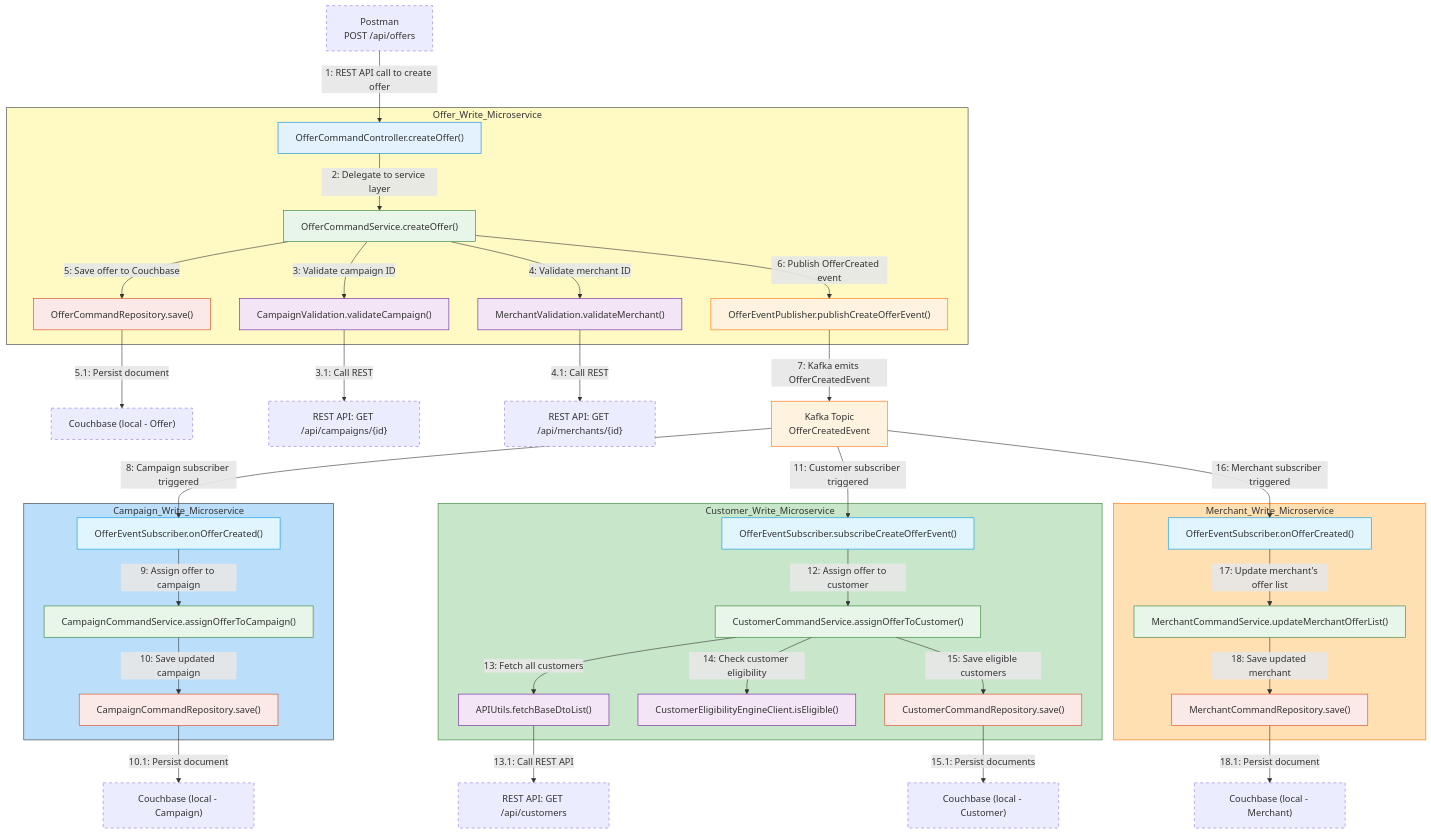
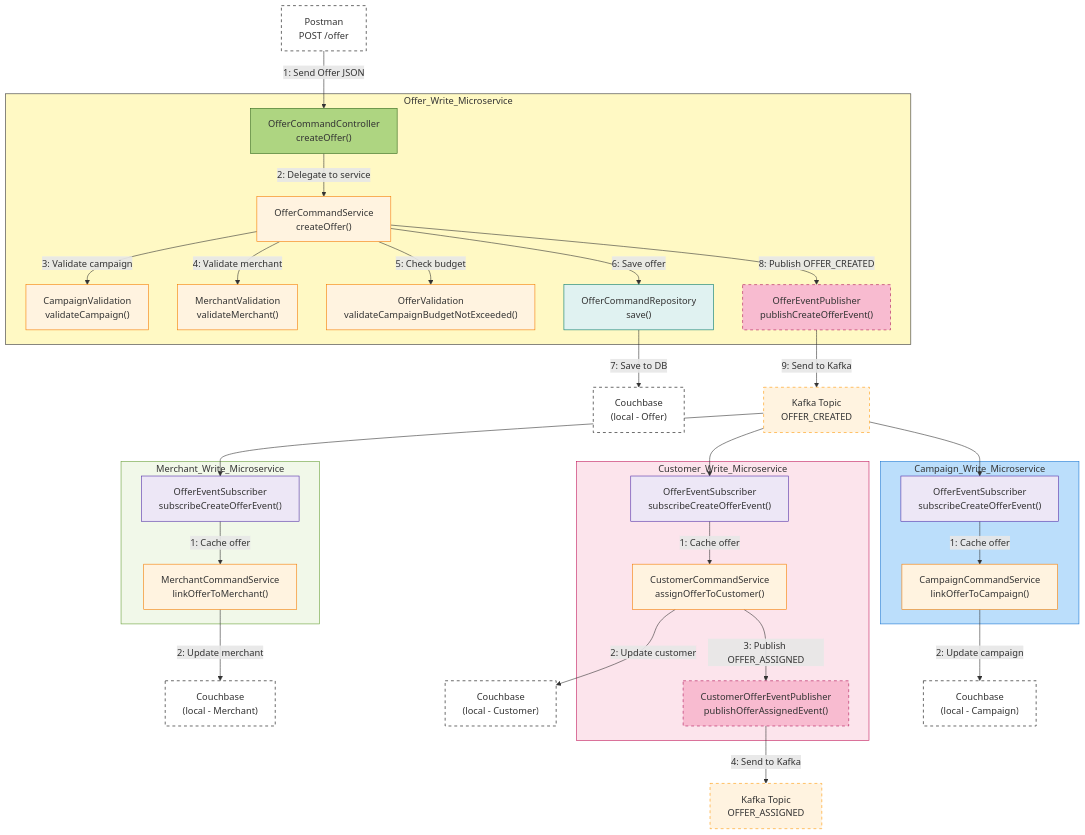
Before and after one commit to aakashkumar1980/apps-microservices: the diagram in _readme_assets/offer_create.mmd, drawn with Mermaid. The commit also changed 3 other files, not shown here.

```diff
--- a/_readme_assets/offer_create.mmd
+++ b/_readme_assets/offer_create.mmd
@@ -1,96 +1,86 @@
 flowchart TD
 
-%% External API Client
-    POSTMAN["Postman<br>POST /api/offers"]:::external
-
-%% Couchbase Instances (Externalized)
-    ODB["Couchbase (local - Offer)"]:::external
-    CDB["Couchbase (local - Campaign)"]:::external
-    CUDB["Couchbase (local - Customer)"]:::external
-    MDB["Couchbase (local - Merchant)"]:::external
-
-%% External REST APIs
-    CUSREST["REST API: GET /api/customers"]:::external
-    CAMPAIGNREST["REST API: GET /api/campaigns/{id}"]:::external
-    MERCHANTREST["REST API: GET /api/merchants/{id}"]:::external
+%% REST Client
+    POSTMAN["Postman<br>POST /offer"]:::external
 
 %% Offer Write Microservice
     subgraph Offer_Write_Microservice
         style Offer_Write_Microservice fill:#FFF9C4,stroke:#333,stroke-width:1px
-        OCC["OfferCommandController.createOffer()"]:::controller
-        OCS["OfferCommandService.createOffer()"]:::service
-        VAL_CAM["CampaignValidation.validateCampaign()"]:::util
-        VAL_MER["MerchantValidation.validateMerchant()"]:::util
-        OCR["OfferCommandRepository.save()"]:::repository
-        OEP["OfferEventPublisher.publishCreateOfferEvent()"]:::event
+
+        OCC["OfferCommandController<br>createOffer()"]:::controller
+        OCS["OfferCommandService<br>createOffer()"]:::service
+        CV["CampaignValidation<br>validateCampaign()"]:::service
+        MV["MerchantValidation<br>validateMerchant()"]:::service
+        OV["OfferValidation<br>validateCampaignBudgetNotExceeded()"]:::service
+        OCR["OfferCommandRepository<br>save()"]:::repository
+        OEP["OfferEventPublisher<br>publishCreateOfferEvent()"]:::event
     end
 
-%% Kafka Topic
-    KafkaTopic["Kafka Topic<br>OfferCreatedEvent"]:::event
+%% Merchant Subscriber
+    subgraph Merchant_Write_Microservice
+        style Merchant_Write_Microservice fill:#F1F8E9,stroke:#689F38,stroke-width:1px
 
-%% Campaign Write Microservice
-    subgraph Campaign_Write_Microservice
-        style Campaign_Write_Microservice fill:#BBDEFB,stroke:#333,stroke-width:1px
-        CES["OfferEventSubscriber.onOfferCreated()"]:::subscriber
-        CCS["CampaignCommandService.assignOfferToCampaign()"]:::service
-        CCR["CampaignCommandRepository.save()"]:::repository
+        MES["OfferEventSubscriber<br>subscribeCreateOfferEvent()"]:::subscriber
+        MC["MerchantCommandService<br>linkOfferToMerchant()"]:::service
     end
 
-%% Customer Write Microservice
+%% Customer Subscriber
     subgraph Customer_Write_Microservice
-        style Customer_Write_Microservice fill:#C8E6C9,stroke:#2E7D32,stroke-width:1px
-        CUSUB["OfferEventSubscriber.subscribeCreateOfferEvent()"]:::subscriber
-        CUSVC["CustomerCommandService.assignOfferToCustomer()"]:::service
-        APIU_C["APIUtils.fetchBaseDtoList()"]:::util
-        ELIG["CustomerEligibilityEngineClient.isEligible()"]:::util
-        CUREPO["CustomerCommandRepository.save()"]:::repository
+        style Customer_Write_Microservice fill:#FCE4EC,stroke:#C2185B,stroke-width:1px
+
+        CES["OfferEventSubscriber<br>subscribeCreateOfferEvent()"]:::subscriber
+        CC["CustomerCommandService<br>assignOfferToCustomer()"]:::service
+        CEP["CustomerOfferEventPublisher<br>publishOfferAssignedEvent()"]:::event
     end
 
-%% Merchant Write Microservice
-    subgraph Merchant_Write_Microservice
-        style Merchant_Write_Microservice fill:#FFE0B2,stroke:#FF6F00,stroke-width:1px
-        MESUB["OfferEventSubscriber.onOfferCreated()"]:::subscriber
-        MSVC["MerchantCommandService.updateMerchantOfferList()"]:::service
-        MREPO["MerchantCommandRepository.save()"]:::repository
+%% Campaign Subscriber
+    subgraph Campaign_Write_Microservice
+        style Campaign_Write_Microservice fill:#BBDEFB,stroke:#1976D2,stroke-width:1px
+
+        CAS["OfferEventSubscriber<br>subscribeCreateOfferEvent()"]:::subscriber
+        CCS["CampaignCommandService<br>linkOfferToCampaign()"]:::service
     end
 
-%% Arrows with colon-numbering
-    POSTMAN -->|1: REST API call to create offer| OCC
-    OCC -->|2: Delegate to service layer| OCS
-    OCS -->|3: Validate campaign ID| VAL_CAM
-    VAL_CAM -->|3.1: Call REST| CAMPAIGNREST
+%% External Systems
+    COUCHBASE_OFFER["Couchbase<br>(local - Offer)"]:::external
+    COUCHBASE_MERCHANT["Couchbase<br>(local - Merchant)"]:::external
+    COUCHBASE_CUSTOMER["Couchbase<br>(local - Customer)"]:::external
+    COUCHBASE_CAMPAIGN["Couchbase<br>(local - Campaign)"]:::external
+    KAFKA1["Kafka Topic<br>OFFER_CREATED"]:::kafka
+    KAFKA2["Kafka Topic<br>OFFER_ASSIGNED"]:::kafka
 
-    OCS -->|4: Validate merchant ID| VAL_MER
-    VAL_MER -->|4.1: Call REST| MERCHANTREST
+%% Flow Steps (Main Command Flow)
+    POSTMAN -->|1: Send Offer JSON| OCC
+    OCC -->|2: Delegate to service| OCS
+    OCS -->|3: Validate campaign| CV
+    OCS -->|4: Validate merchant| MV
+    OCS -->|5: Check budget| OV
+    OCS -->|6: Save offer| OCR
+    OCR -->|7: Save to DB| COUCHBASE_OFFER
+    OCS -->|8: Publish OFFER_CREATED| OEP
+    OEP -->|9: Send to Kafka| KAFKA1
 
-    OCS -->|5: Save offer to Couchbase| OCR
-    OCR -->|5.1: Persist document| ODB
-    OCS -->|6: Publish OfferCreated event| OEP
-    OEP -->|7: Kafka emits OfferCreatedEvent| KafkaTopic
+%% Subscriptions via Kafka OFFER_CREATED
+    KAFKA1 --> MES
+    MES -->|1: Cache offer| MC
+    MC -->|2: Update merchant| COUCHBASE_MERCHANT
 
-    KafkaTopic -->|8: Campaign subscriber triggered| CES
-    CES -->|9: Assign offer to campaign| CCS
-    CCS -->|10: Save updated campaign| CCR
-    CCR -->|10.1: Persist document| CDB
+    KAFKA1 --> CES
+    CES -->|1: Cache offer| CC
+    CC -->|2: Update customer| COUCHBASE_CUSTOMER
+    CC -->|3: Publish OFFER_ASSIGNED| CEP
+    CEP -->|4: Send to Kafka| KAFKA2
 
-    KafkaTopic -->|11: Customer subscriber triggered| CUSUB
-    CUSUB -->|12: Assign offer to customer| CUSVC
-    CUSVC -->|13: Fetch all customers| APIU_C
-    APIU_C -->|13.1: Call REST API| CUSREST
-    CUSVC -->|14: Check customer eligibility| ELIG
-    CUSVC -->|15: Save eligible customers| CUREPO
-    CUREPO -->|15.1: Persist documents| CUDB
-
-    KafkaTopic -->|16: Merchant subscriber triggered| MESUB
-    MESUB -->|17: Update merchant's offer list| MSVC
-    MSVC -->|18: Save updated merchant| MREPO
-    MREPO -->|18.1: Persist document| MDB
+    KAFKA1 --> CAS
+    CAS -->|1: Cache offer| CCS
+    CCS -->|2: Update campaign| COUCHBASE_CAMPAIGN
 
 %% Styling
-    classDef controller fill:#E3F2FD,stroke:#0288D1,stroke-width:1px;
-    classDef service fill:#E8F5E9,stroke:#2E7D32,stroke-width:1px;
-    classDef repository fill:#FBE9E7,stroke:#D84315,stroke-width:1px;
-    classDef util fill:#F3E5F5,stroke:#6A1B9A,stroke-width:1px;
-    classDef event fill:#FFF3E0,stroke:#FF6F00,stroke-width:1px;
-    classDef subscriber fill:#E1F5FE,stroke:#039BE5,stroke-width:1px;
-    classDef external stroke-dasharray: 5 5;
+    classDef controller fill:#AED581,stroke:#33691E,stroke-width:1px;
+    classDef service fill:#FFF3E0,stroke:#F57C00,stroke-width:1px;
+    classDef repository fill:#E0F2F1,stroke:#00796B,stroke-width:1px;
+    classDef util fill:#E1BEE7,stroke:#6A1B9A,stroke-width:1px;
+    classDef event fill:#F8BBD0,stroke:#AD1457,stroke-width:1px,stroke-dasharray: 5 5;
+    classDef subscriber fill:#EDE7F6,stroke:#512DA8,stroke-width:1px;
+    classDef external fill:#FFFFFF,stroke:#000,stroke-width:1px,stroke-dasharray: 5 5;
+    classDef kafka fill:#FFF3E0,stroke:#FF9800,stroke-width:1px,stroke-dasharray: 5 5;
```
